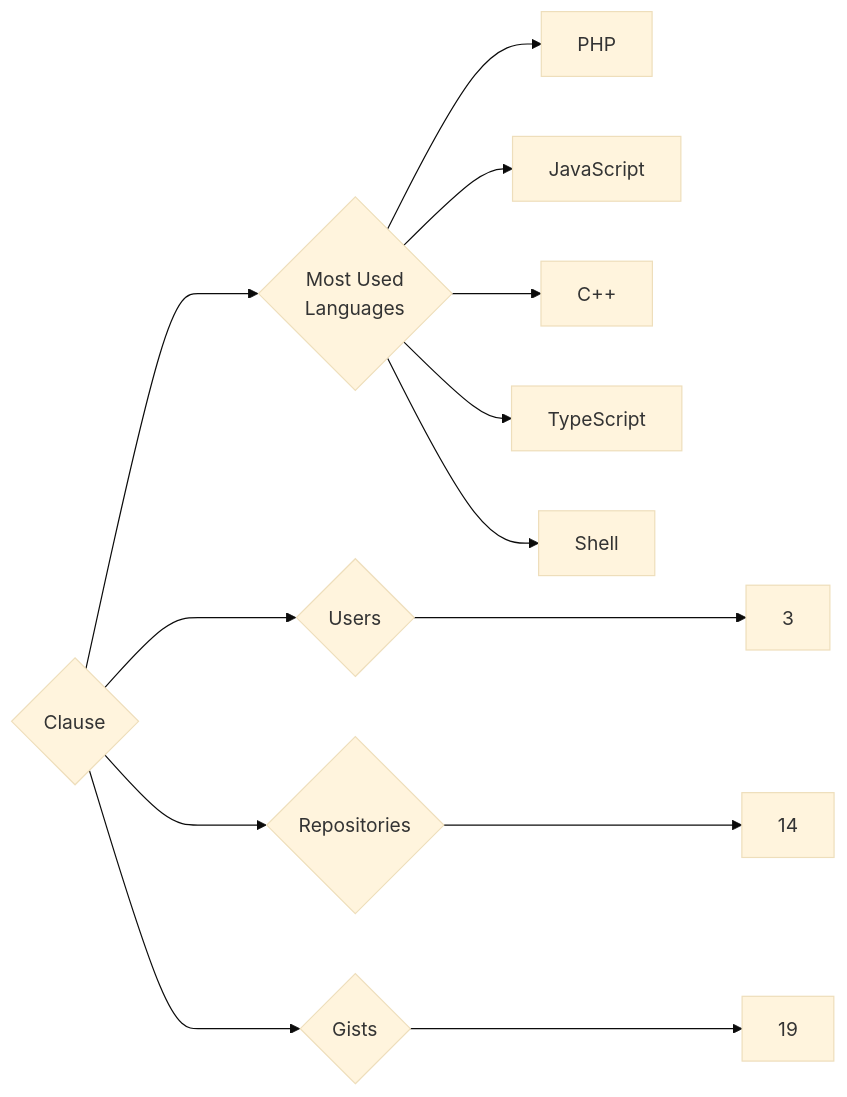
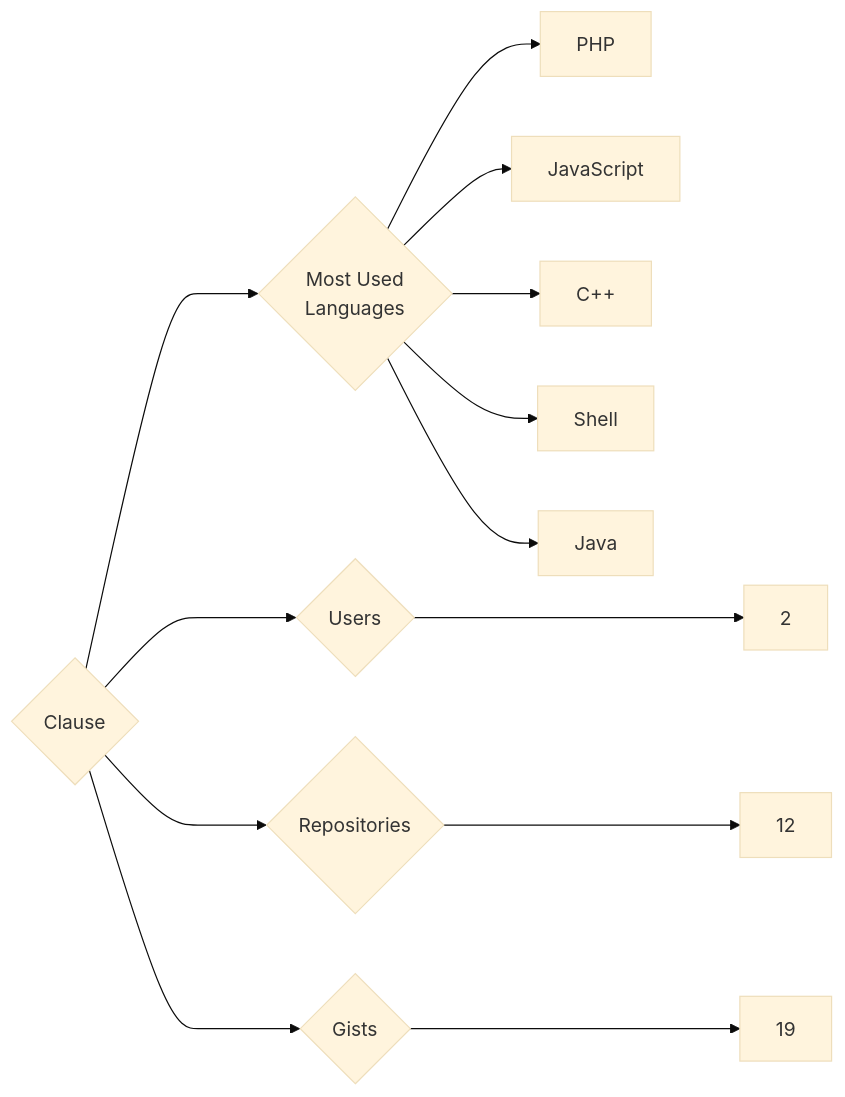
The diagram in targets/Clause/README.md (trickest/insiders), drawn with Mermaid (base theme) before and after one commit. The commit also changed 984 other files, not shown here.

````diff
--- a/targets/Clause/README.md
+++ b/targets/Clause/README.md
@@ -3,13 +3,13 @@
 ```mermaid
 graph LR
 COMPANY_NAME{Clause}
-COMPANY_NAME ---> U{Users} ---> UN[3]
-COMPANY_NAME ---> R{Repositories} ---> RN[14]
+COMPANY_NAME ---> U{Users} ---> UN[2]
+COMPANY_NAME ---> R{Repositories} ---> RN[12]
 COMPANY_NAME ---> G{Gists} ---> GN[19]
 COMPANY_NAME ---> ML{Most Used<br>Languages}
 ML --> PHP[PHP]
 ML --> JavaScript[JavaScript]
 ML --> C++[C++]
-ML --> TypeScript[TypeScript]
 ML --> Shell[Shell]
+ML --> Java[Java]
 ```
````
